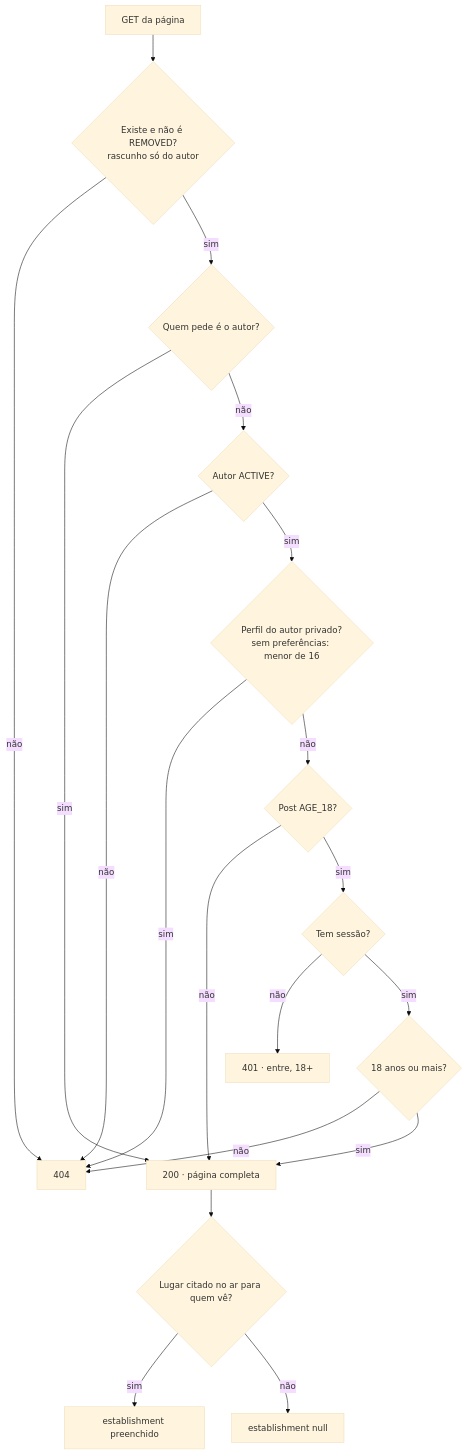
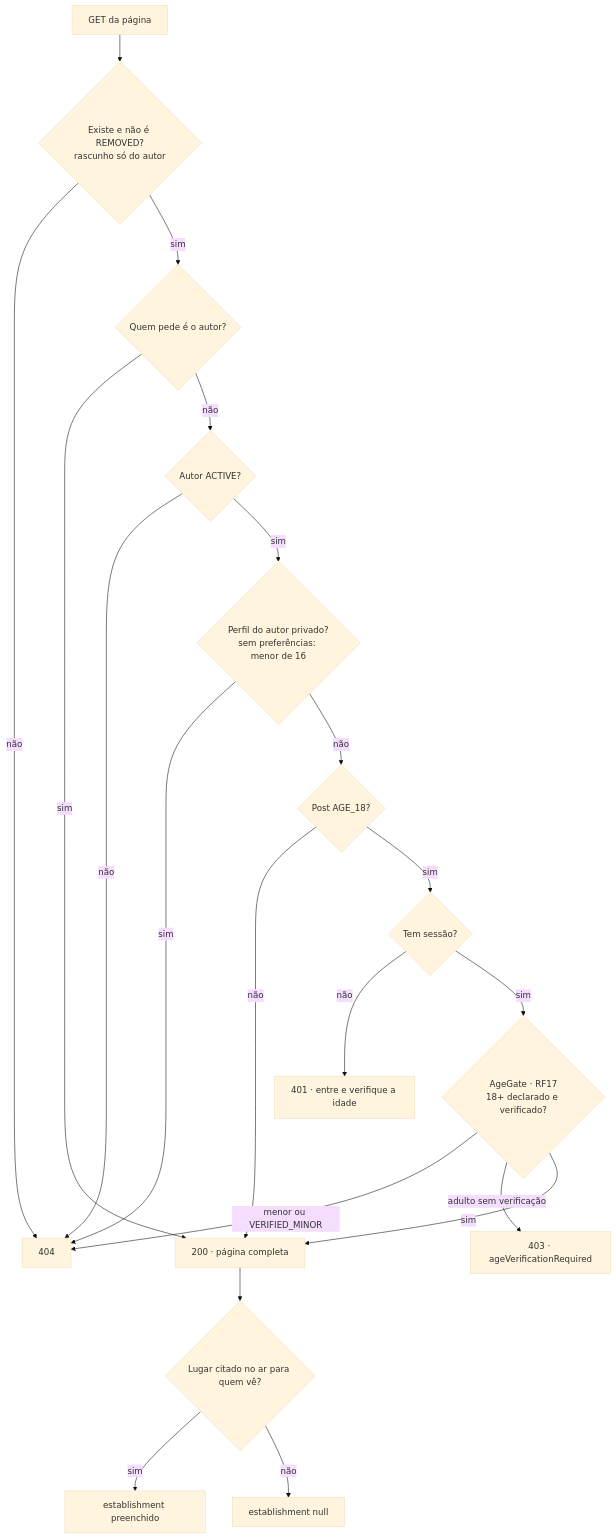
The first of 3 diagrams in docs/RF14/atividades.md (MatheusHaliski/Friendly-Eats), drawn with Mermaid (base theme) before and after one commit. The commit also changed other lines of this file and 71 other files, not shown here.

````diff
--- a/docs/RF14/atividades.md
+++ b/docs/RF14/atividades.md
@@ -5,21 +5,22 @@
 ```mermaid
 flowchart TD
     G[GET da página] --> X{Existe e não é REMOVED?<br/>rascunho só do autor}
     X -- não --> N404[404]
     X -- sim --> A{Quem pede é o autor?}
     A -- sim --> OK
     A -- não --> AC{Autor ACTIVE?}
     AC -- não --> N404
     AC -- sim --> PR{Perfil do autor privado?<br/>sem preferências: menor de 16}
     PR -- sim --> N404
     PR -- não --> R{Post AGE_18?}
     R -- não --> OK
     R -- sim --> L{Tem sessão?}
-    L -- não --> N401[401 · entre, 18+]
-    L -- sim --> AD{18 anos ou mais?}
-    AD -- não --> N404
+    L -- não --> N401[401 · entre e verifique a idade]
+    L -- sim --> AD{AgeGate · RF17<br/>18+ declarado e verificado?}
+    AD -- "menor ou VERIFIED_MINOR" --> N404
+    AD -- "adulto sem verificação" --> N403[403 · ageVerificationRequired]
     AD -- sim --> OK[200 · página completa]
     OK --> P{Lugar citado no ar para quem vê?}
     P -- sim --> PL[establishment preenchido]
     P -- não --> PN[establishment null]
 ```
````
